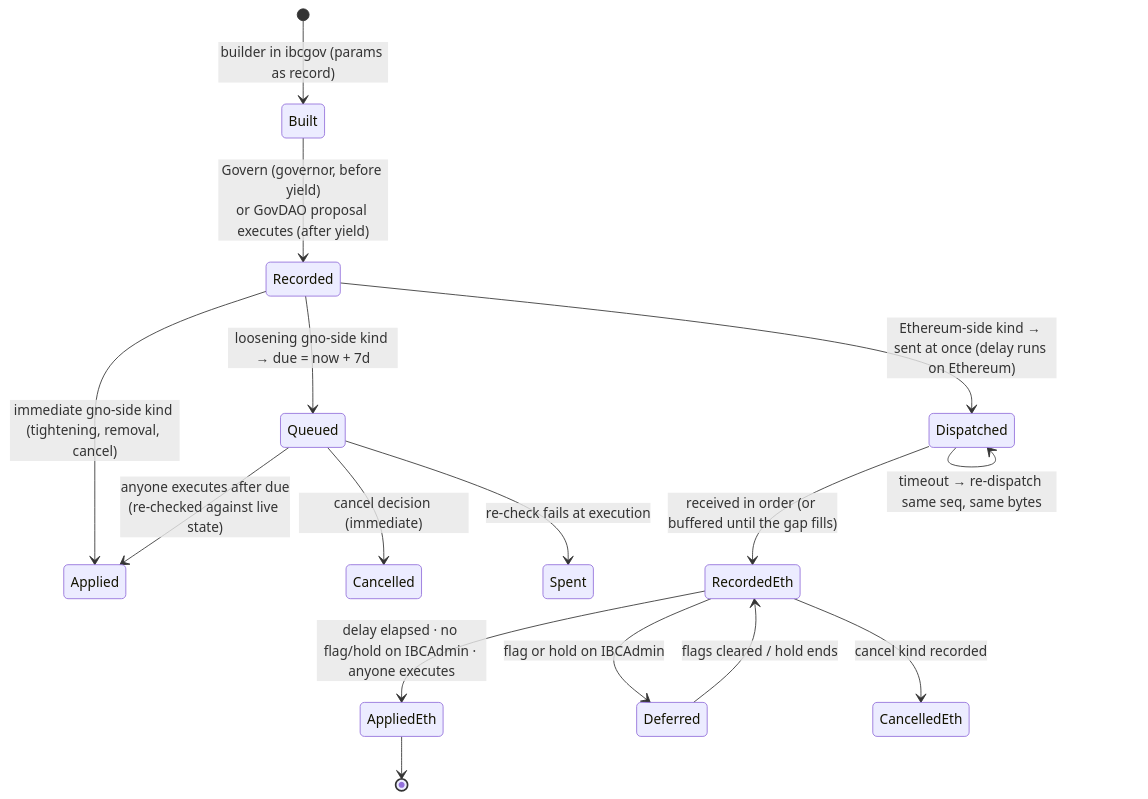
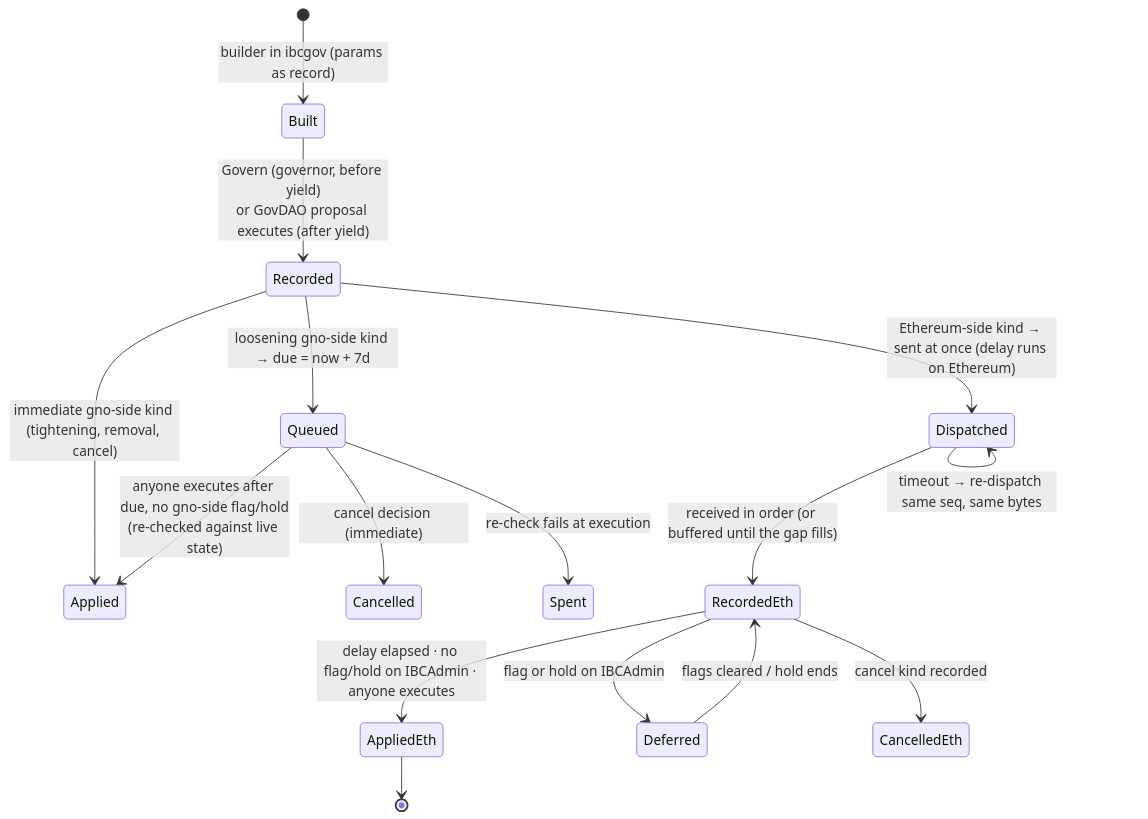
The seventh of 13 diagrams in gno.land/adr/prxxxx_ibc_ethereum.md (gnolang/gno), drawn with Mermaid before and after one commit. The commit also changed other lines of this file, not shown here.

First line of the commit message:
docs(adr): fold a second review of the gno.land - Ethereum IBC ADR

````diff
--- a/gno.land/adr/prxxxx_ibc_ethereum.md
+++ b/gno.land/adr/prxxxx_ibc_ethereum.md
@@ -426,18 +439,18 @@
 ```mermaid
 stateDiagram-v2
   [*] --> Built: builder in ibcgov (params as record)
   Built --> Recorded: Govern (governor, before yield)<br/>or GovDAO proposal executes (after yield)
   Recorded --> Applied: immediate gno-side kind (tightening, removal, cancel)
   Recorded --> Queued: loosening gno-side kind → due = now + 7d
   Recorded --> Dispatched: Ethereum-side kind → sent at once (delay runs on Ethereum)
   Queued --> Cancelled: cancel decision (immediate)
-  Queued --> Applied: anyone executes after due<br/>(re-checked against live state)
+  Queued --> Applied: anyone executes after due, no gno-side flag/hold<br/>(re-checked against live state)
   Queued --> Spent: re-check fails at execution
   Dispatched --> RecordedEth: received in order (or buffered until the gap fills)
   Dispatched --> Dispatched: timeout → re-dispatch same seq, same bytes
   RecordedEth --> AppliedEth: delay elapsed · no flag/hold on IBCAdmin · anyone executes
   RecordedEth --> Deferred: flag or hold on IBCAdmin
   Deferred --> RecordedEth: flags cleared / hold ends
   RecordedEth --> CancelledEth: cancel kind recorded
   AppliedEth --> [*]
 ```
````
